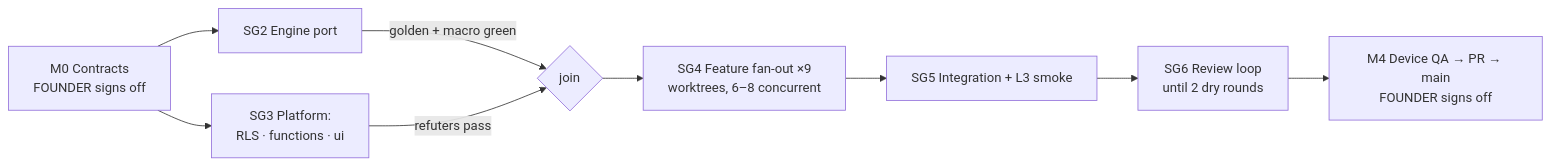
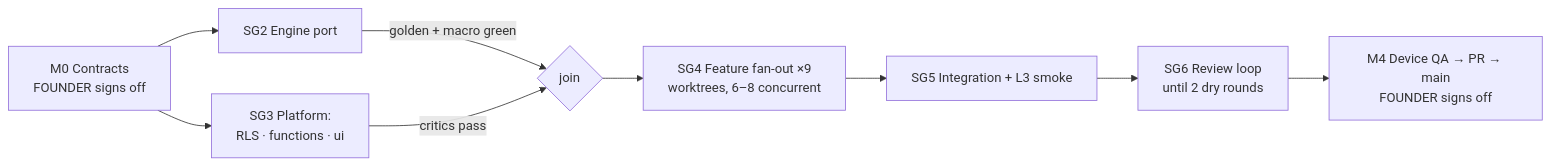
One commit to JDMAXilius/Recipe-App changed the first of 3 diagrams in docs/REBUILD_WORKFLOW.md. Above: the diagram before and after it, drawn with Mermaid. The commit also changed other lines of this file, not shown here.

````diff
--- a/docs/REBUILD_WORKFLOW.md
+++ b/docs/REBUILD_WORKFLOW.md
@@ -57,11 +58,11 @@
 ```mermaid
 flowchart LR
     M0[M0 Contracts<br/>FOUNDER signs off] --> E[SG2 Engine port]
     M0 --> P[SG3 Platform:<br/>RLS · functions · ui]
     E -->|golden + macro green| J{join}
-    P -->|refuters pass| J
+    P -->|critics pass| J
     J --> F[SG4 Feature fan-out ×9<br/>worktrees, 6–8 concurrent]
     F --> I[SG5 Integration + L3 smoke]
     I --> R[SG6 Review loop<br/>until 2 dry rounds]
     R --> M4[M4 Device QA → PR → main<br/>FOUNDER signs off]
 ```
````
